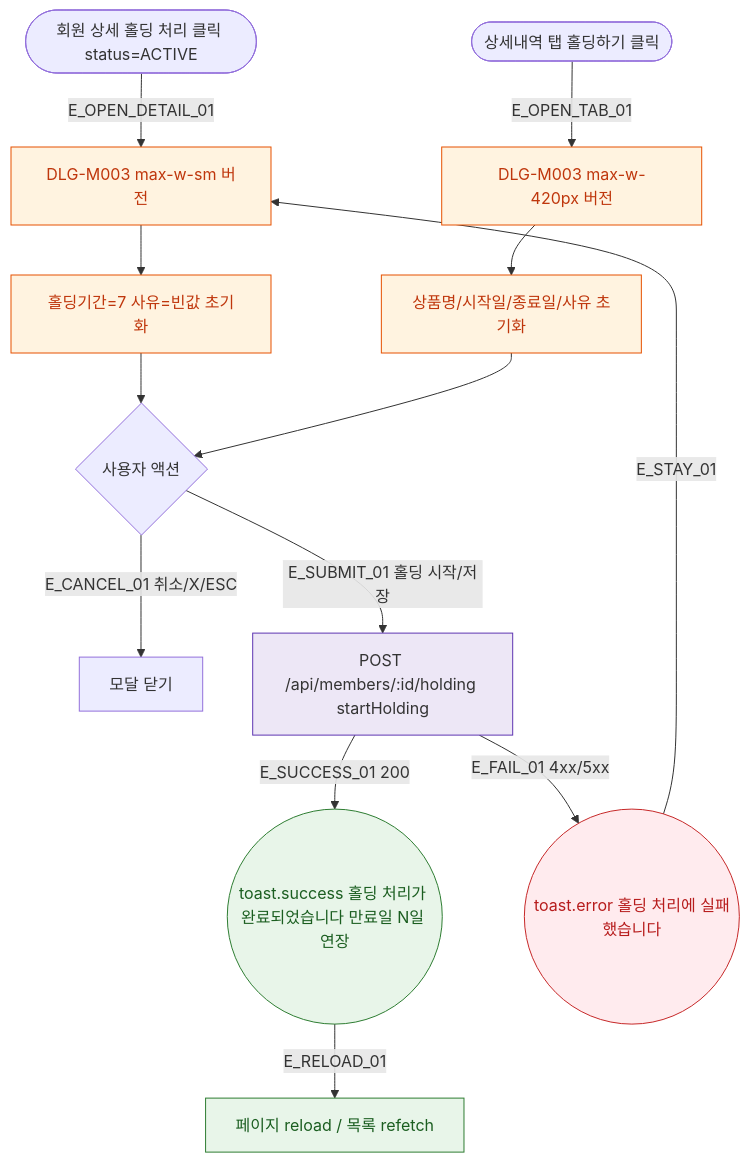
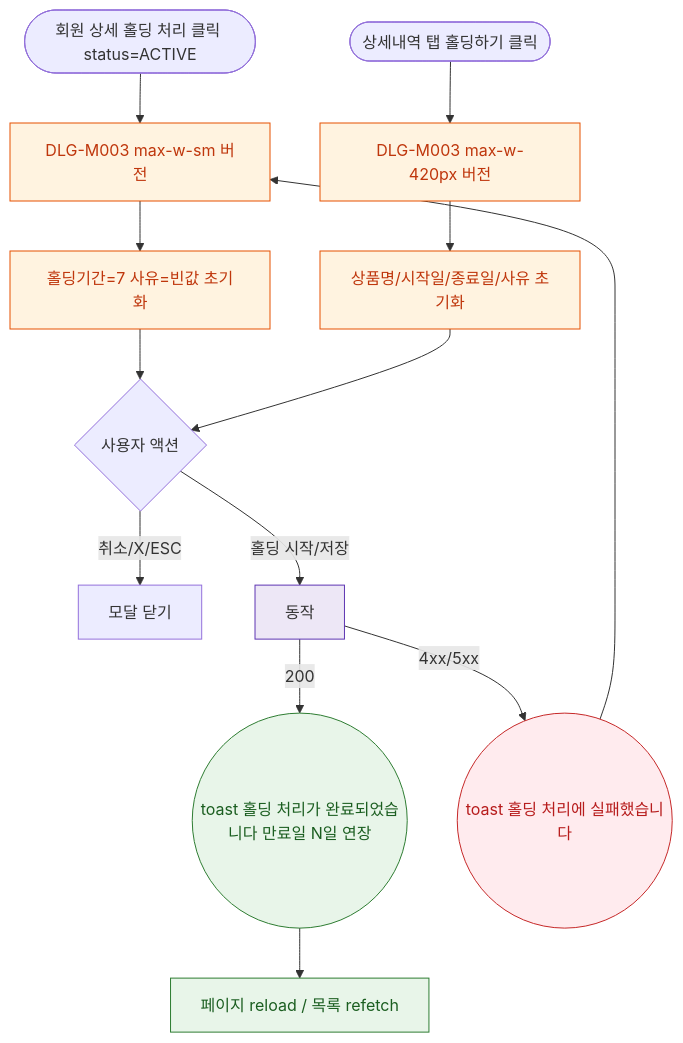
The diagram in docs/다이어그램/D02_회원관리/DLG/DLG-M003_홀딩등록/M1_생명주기.md (dev-spogym/admin-pando), drawn with Mermaid before and after one commit. The commit also changed other lines of this file and 1660 other files, not shown here.

First line of the commit message:
다이어그램: 기획자/클라이언트 납품본으로 정리

````diff
--- a/docs/다이어그램/D02_회원관리/DLG/DLG-M003_홀딩등록/M1_생명주기.md
+++ b/docs/다이어그램/D02_회원관리/DLG/DLG-M003_홀딩등록/M1_생명주기.md
@@ -23,33 +21,33 @@
 ```mermaid
 flowchart TD
   TRIGGER_DETAIL([회원 상세 홀딩 처리 클릭 status=ACTIVE])
   TRIGGER_TAB([상세내역 탭 홀딩하기 클릭])
 
-  TRIGGER_DETAIL -->|E_OPEN_DETAIL_01| DLG_DETAIL[DLG-M003 max-w-sm 버전]
-  TRIGGER_TAB    -->|E_OPEN_TAB_01| DLG_TAB[DLG-M003 max-w-420px 버전]
+  TRIGGER_DETAIL --> DLG_DETAIL[DLG-M003 max-w-sm 버전]
+  TRIGGER_TAB --> DLG_TAB[DLG-M003 max-w-420px 버전]
 
   DLG_DETAIL --> INIT_DETAIL[홀딩기간=7 사유=빈값 초기화]
-  DLG_TAB    --> INIT_TAB[상품명/시작일/종료일/사유 초기화]
+  DLG_TAB --> INIT_TAB[상품명/시작일/종료일/사유 초기화]
 
   INIT_DETAIL --> USER_ACT{사용자 액션}
-  INIT_TAB    --> USER_ACT
+  INIT_TAB --> USER_ACT
 
-  USER_ACT -->|E_CANCEL_01 취소/X/ESC| CLOSE[모달 닫기]
-  USER_ACT -->|E_SUBMIT_01 홀딩 시작/저장| API_CALL[POST /api/members/:id/holding startHolding]
+  USER_ACT -->|취소/X/ESC|CLOSE[모달 닫기]
+  USER_ACT -->|홀딩 시작/저장|API_CALL[동작]
 
-  API_CALL -->|E_SUCCESS_01 200| TOAST_OK((toast.success 홀딩 처리가 완료되었습니다 만료일 N일 연장))
-  TOAST_OK -->|E_RELOAD_01| RELOAD[페이지 reload / 목록 refetch]
+  API_CALL -->|200|TOAST_OK((toast 홀딩 처리가 완료되었습니다 만료일 N일 연장))
+  TOAST_OK --> RELOAD[페이지 reload / 목록 refetch]
 
-  API_CALL -->|E_FAIL_01 4xx/5xx| TOAST_ERR((toast.error 홀딩 처리에 실패했습니다))
-  TOAST_ERR -->|E_STAY_01| DLG_DETAIL
+  API_CALL -->|4xx/5xx|TOAST_ERR((toast 홀딩 처리에 실패했습니다))
+  TOAST_ERR --> DLG_DETAIL
 
-  classDef modal   fill:#FFF3E0,stroke:#E65100,color:#BF360C
+  classDef modal fill:#FFF3E0,stroke:#E65100,color:#BF360C
   classDef success fill:#E8F5E9,stroke:#2E7D32,color:#1B5E20
-  classDef error   fill:#FFEBEE,stroke:#C62828,color:#B71C1C
-  classDef system  fill:#EDE7F6,stroke:#5E35B2
+  classDef error fill:#FFEBEE,stroke:#C62828,color:#B71C1C
+  classDef system fill:#EDE7F6,stroke:#5E35B2
 
   class DLG_DETAIL,DLG_TAB,INIT_DETAIL,INIT_TAB modal
   class TOAST_OK,RELOAD success
   class TOAST_ERR error
   class API_CALL system
 ```
````
